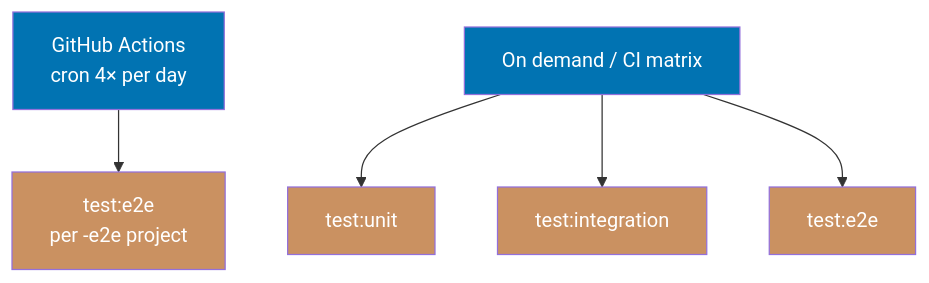
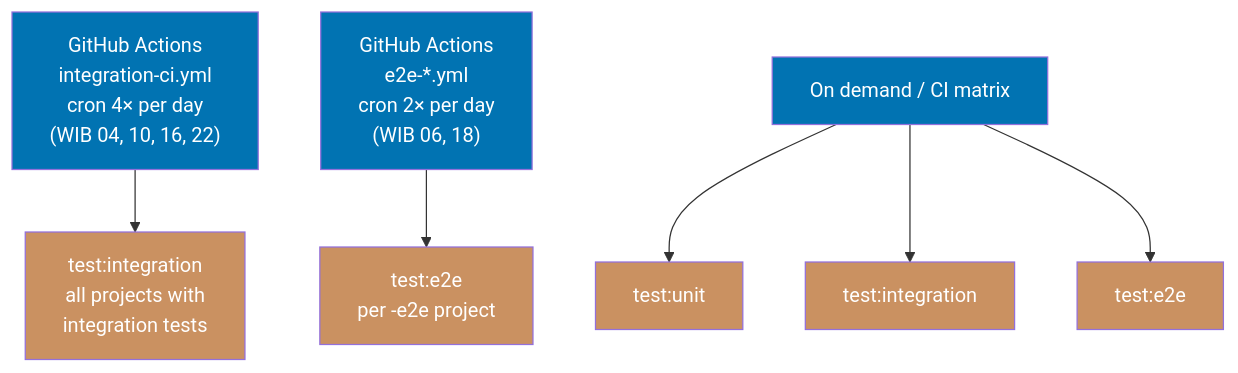
One commit to wahidyankf/open-sharia-enterprise changed the second of 2 diagrams in governance/development/infra/nx-targets.md. Above: the diagram before and after it, drawn with Mermaid. The commit also changed other lines of this file, not shown here.

````diff
--- a/governance/development/infra/nx-targets.md
+++ b/governance/development/infra/nx-targets.md
@@ -62,15 +62,18 @@
 ```mermaid
 flowchart TD
-    H["GitHub Actions<br/>cron 4× per day"] --> I["test:e2e<br/>per -e2e project"]
+    H["GitHub Actions<br/>integration-ci.yml<br/>cron 4× per day<br/>(WIB 04, 10, 16, 22)"] --> I["test:integration<br/>all projects with<br/>integration tests"]
+    H2["GitHub Actions<br/>e2e-*.yml<br/>cron 2× per day<br/>(WIB 06, 18)"] --> I2["test:e2e<br/>per -e2e project"]
 
     J[On demand / CI matrix] --> K[test:unit]
     J --> L[test:integration]
     J --> M[test:e2e]
 
     style H fill:#0173B2,color:#fff
+    style H2 fill:#0173B2,color:#fff
     style I fill:#CA9161,color:#fff
+    style I2 fill:#CA9161,color:#fff
     style J fill:#0173B2,color:#fff
     style K fill:#CA9161,color:#fff
     style L fill:#CA9161,color:#fff
     style M fill:#CA9161,color:#fff
 ```
````
